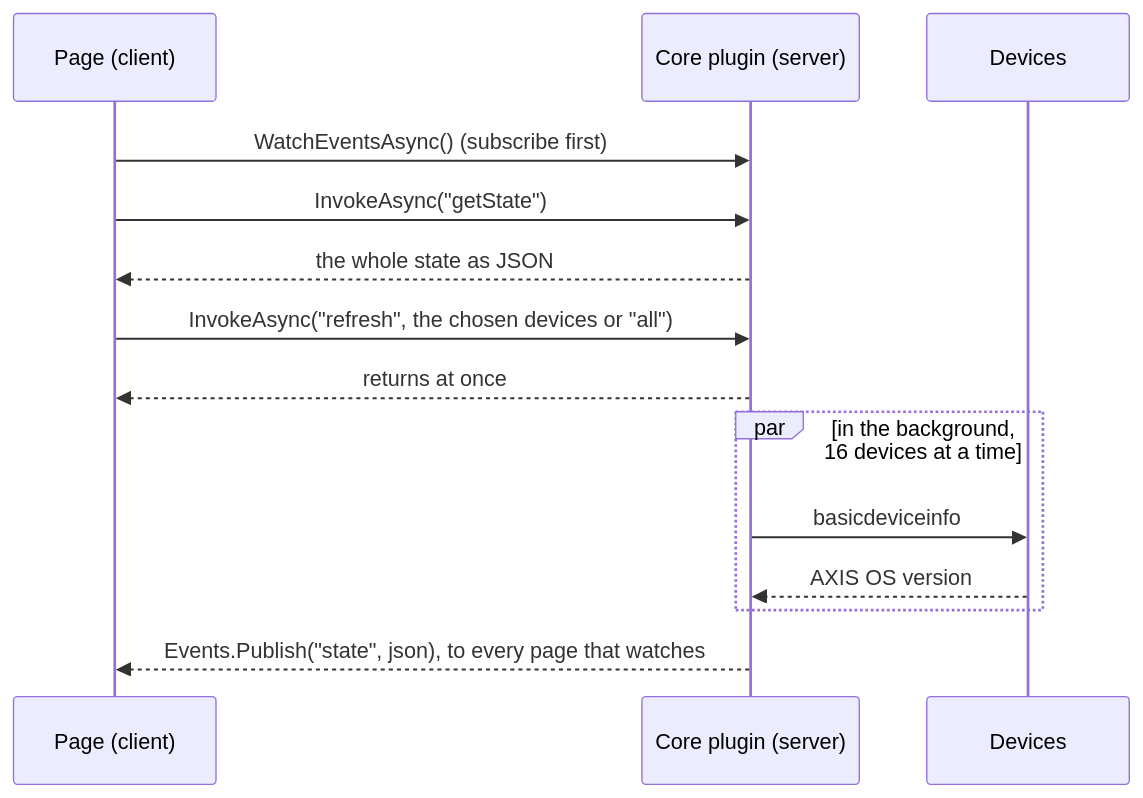
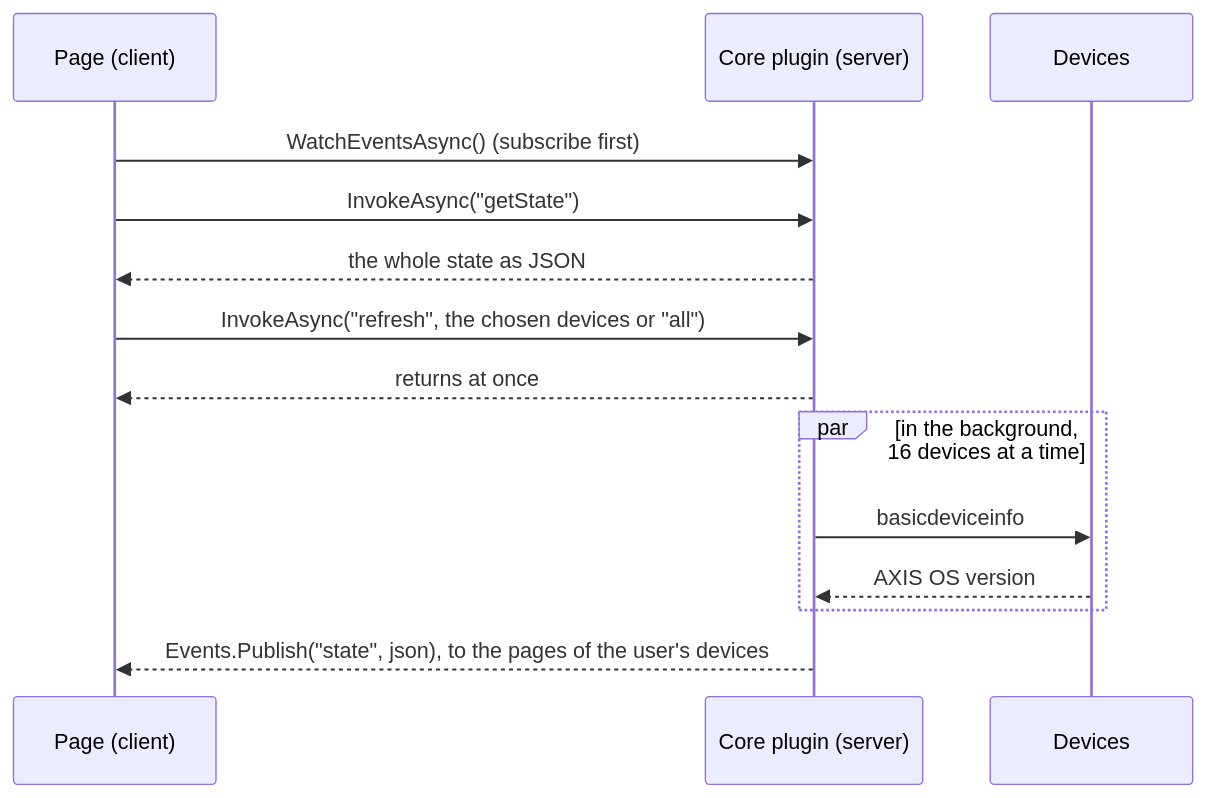
One commit to Cacsjep/oadm changed the diagram in website/src/content/docs/dev/tutorial-page.mdx. Above: the diagram before and after it, drawn with Mermaid. The commit also changed other lines of this file and 8 other files, not shown here.

````diff
--- a/website/src/content/docs/dev/tutorial-page.mdx
+++ b/website/src/content/docs/dev/tutorial-page.mdx
@@ -67,16 +67,16 @@
 ```mermaid
 sequenceDiagram
     participant Page as Page (client)
     participant Plugin as Core plugin (server)
     participant Devices
     Page->>Plugin: WatchEventsAsync() (subscribe first)
     Page->>Plugin: InvokeAsync("getState")
     Plugin-->>Page: the whole state as JSON
     Page->>Plugin: InvokeAsync("refresh", the chosen devices or "all")
     Plugin-->>Page: returns at once
     par in the background, 16 devices at a time
         Plugin->>Devices: basicdeviceinfo
         Devices-->>Plugin: AXIS OS version
     end
-    Plugin-->>Page: Events.Publish("state", json), to every page that watches
+    Plugin-->>Page: Events.Publish("state", json), to the pages of the user's devices
 ```
````
